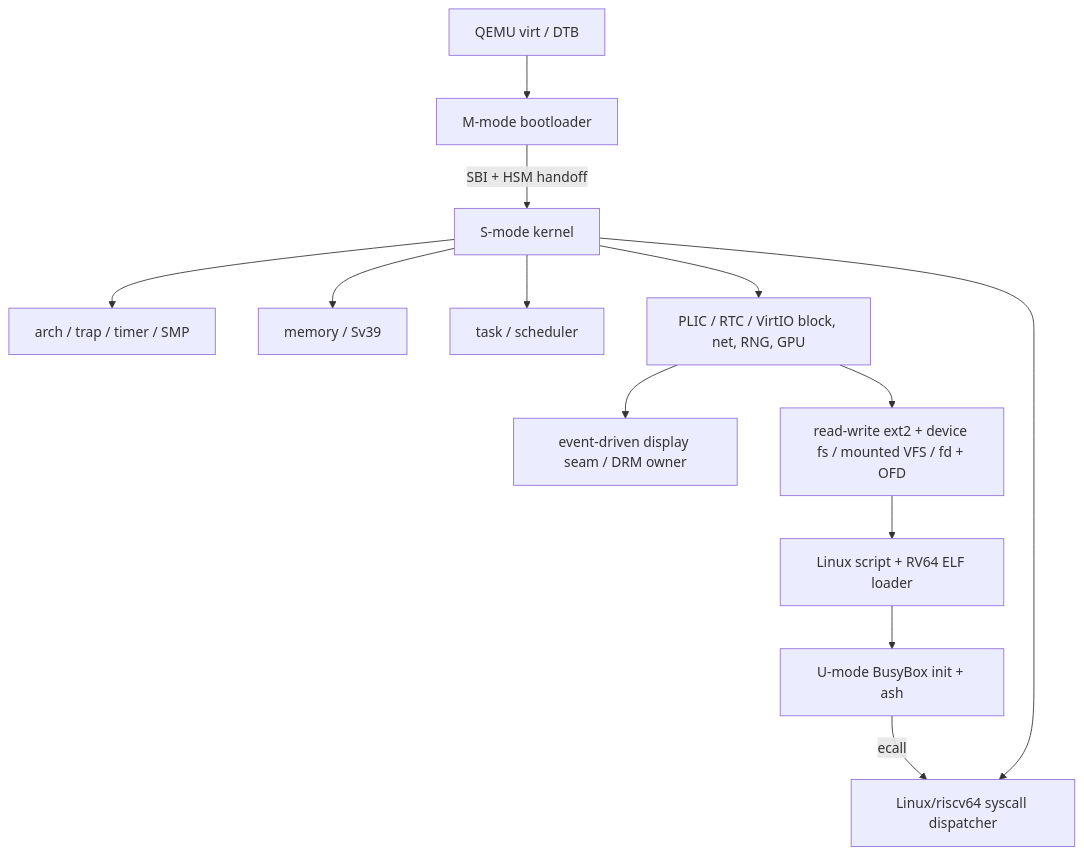
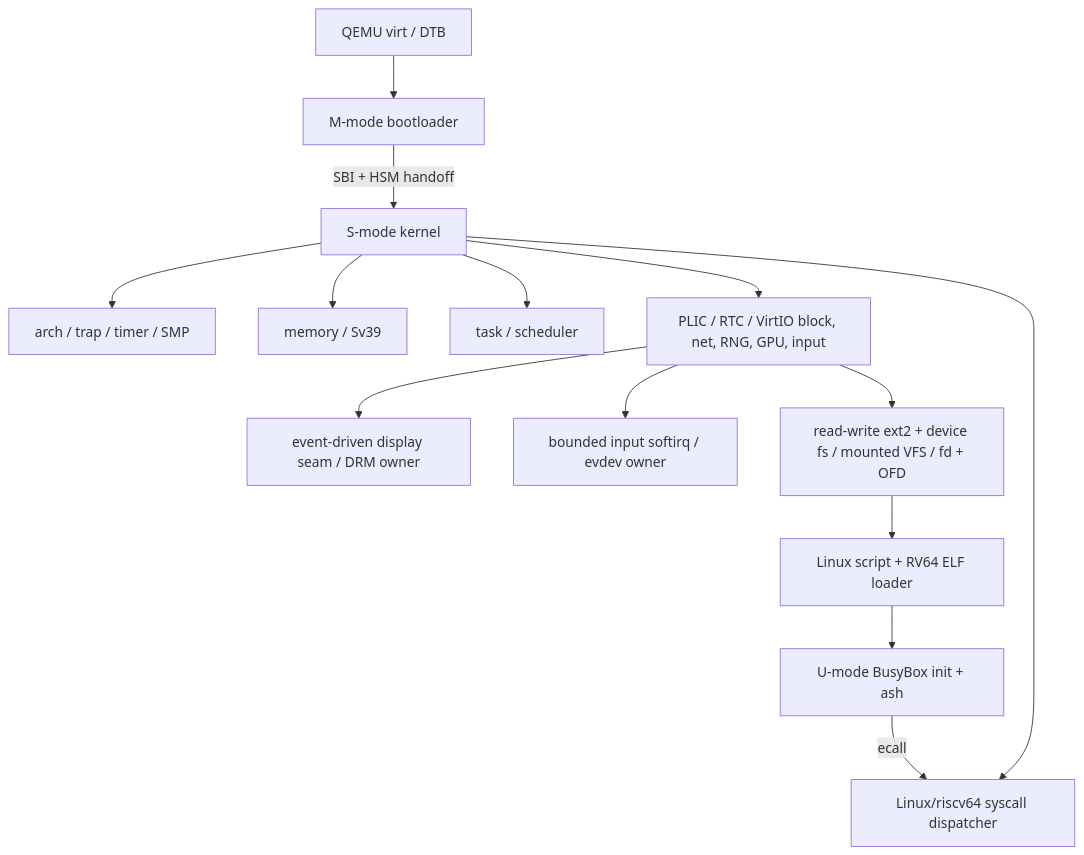
Before and after one commit to gitwillsky/lite_os: the diagram in docs/architecture.md, drawn with Mermaid. The commit also changed other lines of this file and 29 other files, not shown here.

````diff
--- a/docs/architecture.md
+++ b/docs/architecture.md
@@ -20,15 +20,16 @@
 ```mermaid
 flowchart TD
     Q["QEMU virt / DTB"] --> B["M-mode bootloader"]
     B -->|"SBI + HSM handoff"| K["S-mode kernel"]
     K --> A["arch / trap / timer / SMP"]
     K --> M["memory / Sv39"]
     K --> T["task / scheduler"]
-    K --> D["PLIC / RTC / VirtIO block, net, RNG, GPU"]
+    K --> D["PLIC / RTC / VirtIO block, net, RNG, GPU, input"]
     D --> R["event-driven display seam / DRM owner"]
+    D --> I["bounded input softirq / evdev owner"]
     D --> F["read-write ext2 + device fs / mounted VFS / fd + OFD"]
     K --> S["Linux/riscv64 syscall dispatcher"]
     F --> E["Linux script + RV64 ELF loader"]
     E --> U["U-mode BusyBox init + ash"]
     U -->|"ecall"| S
 ```
````
